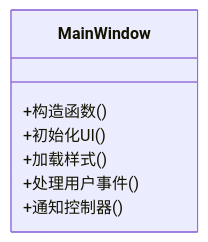
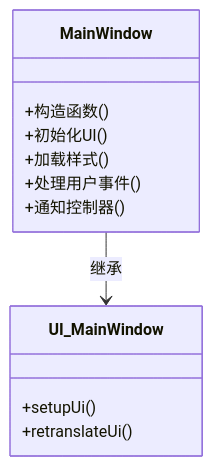
One commit to jakecai1225-design/OpenBus changed the fourth of 6 diagrams in .qoder/repowiki/zh/content/架构设计/架构设计.md. Above: the diagram before and after it, drawn with Mermaid. The commit also changed other lines of this file and 29 other files, not shown here.

````diff
--- a/.qoder/repowiki/zh/content/架构设计/架构设计.md
+++ b/.qoder/repowiki/zh/content/架构设计/架构设计.md
@@ -144,10 +144,15 @@
 ```mermaid
 classDiagram
 class MainWindow {
 +构造函数()
 +初始化UI()
 +加载样式()
 +处理用户事件()
 +通知控制器()
 }
+class UI_MainWindow {
++setupUi()
++retranslateUi()
+}
+MainWindow --> UI_MainWindow : 继承
 ```
````
